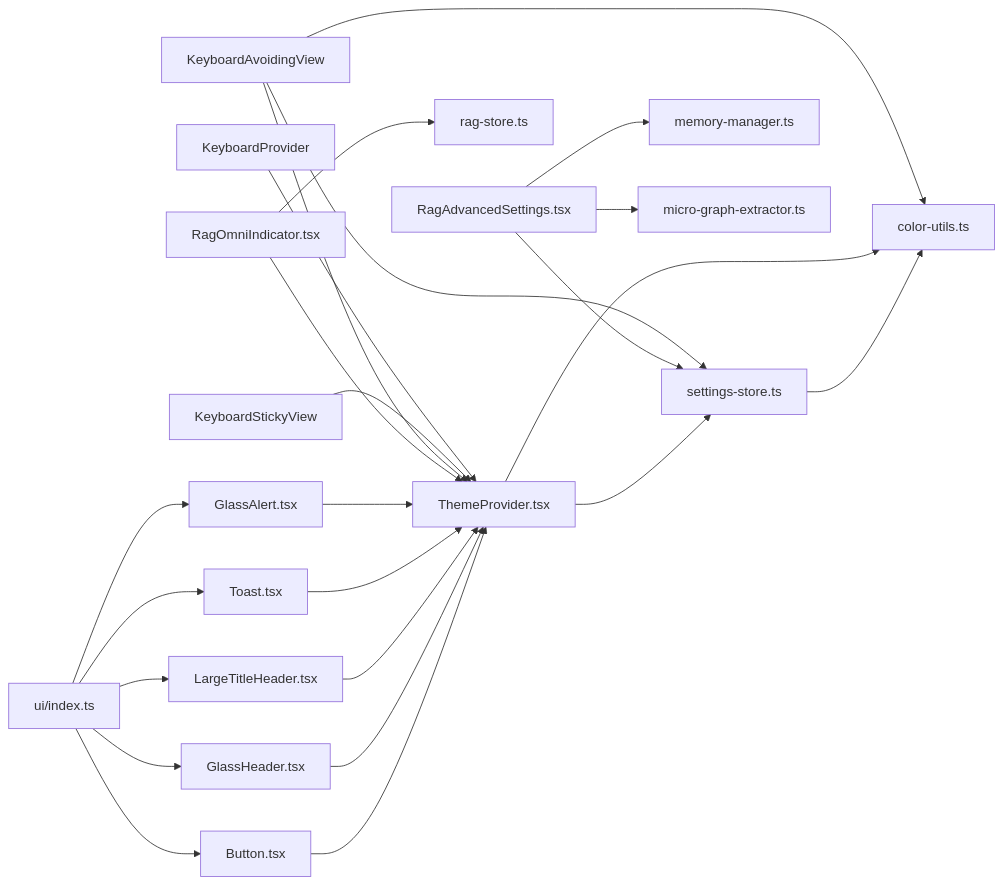
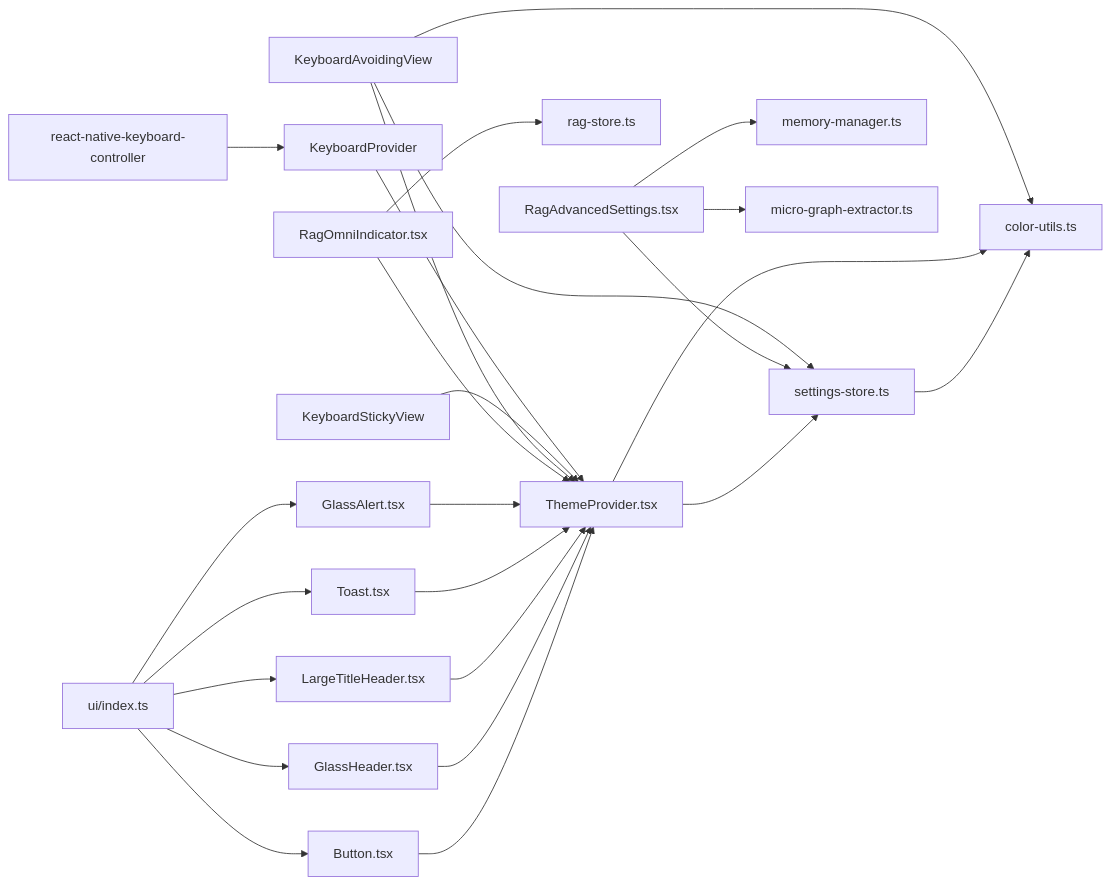
Before and after one commit to NarcisWL/Nexara: the eighth of 8 diagrams in .qoder/repowiki/zh/content/UI组件系统/UI组件系统.md, drawn with Mermaid. The commit also changed other lines of this file and 19 other files, not shown here.

````diff
--- a/.qoder/repowiki/zh/content/UI组件系统/UI组件系统.md
+++ b/.qoder/repowiki/zh/content/UI组件系统/UI组件系统.md
@@ -484,26 +476,27 @@
 ```mermaid
 graph LR
 ST["settings-store.ts"] --> CU["color-utils.ts"]
 TP["ThemeProvider.tsx"] --> ST
 TP --> CU
 BTN["Button.tsx"] --> TP
 GST["GlassHeader.tsx"] --> TP
 LTH["LargeTitleHeader.tsx"] --> TP
 TST["Toast.tsx"] --> TP
 GAT["GlassAlert.tsx"] --> TP
 ROI["RagOmniIndicator.tsx"] --> TP
 ROI --> RAG["rag-store.ts"]
 RAS["RagAdvancedSettings.tsx"] --> ST
 RAS --> MEM["memory-manager.ts"]
 RAS --> MGE["micro-graph-extractor.ts"]
 KAV["KeyboardAvoidingView"] --> TP
 KAV --> ST
 KAV --> CU
 KSV["KeyboardStickyView"] --> TP
 KPR["KeyboardProvider"] --> TP
+KHC["react-native-keyboard-controller"] --> KPR
 IDX["ui/index.ts"] --> BTN
 IDX --> GST
 IDX --> LTH
 IDX --> TST
 IDX --> GAT
 ```
````
